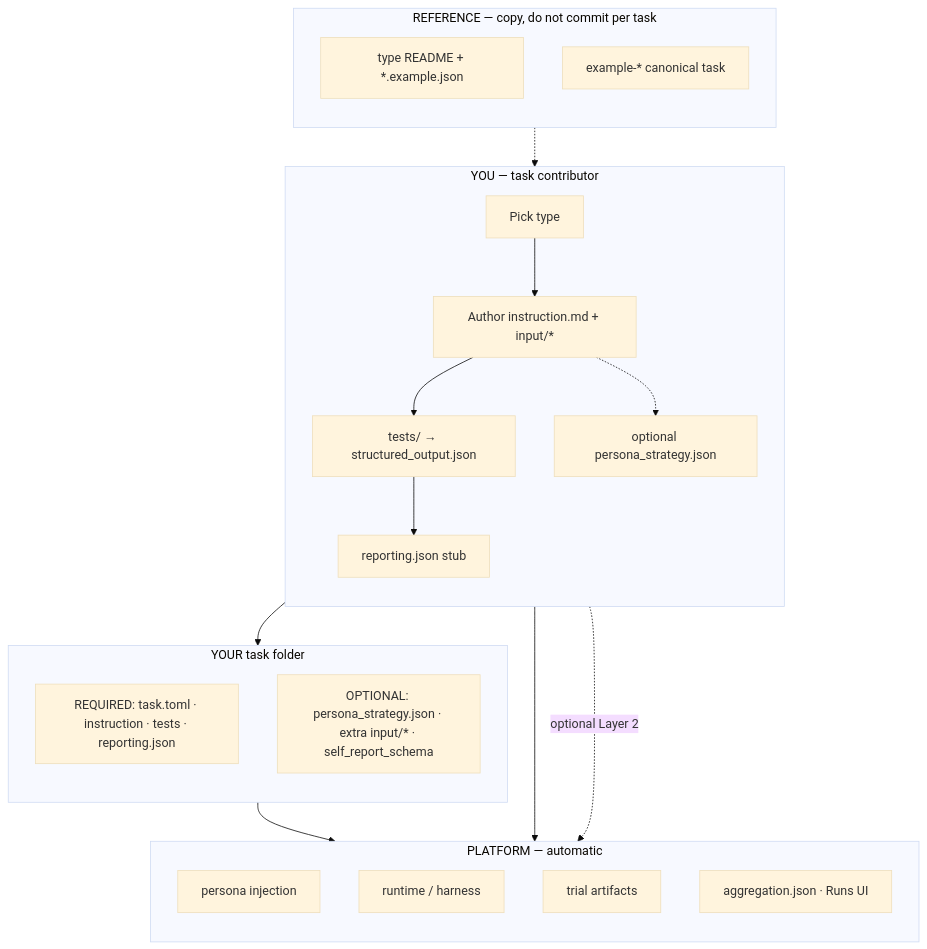
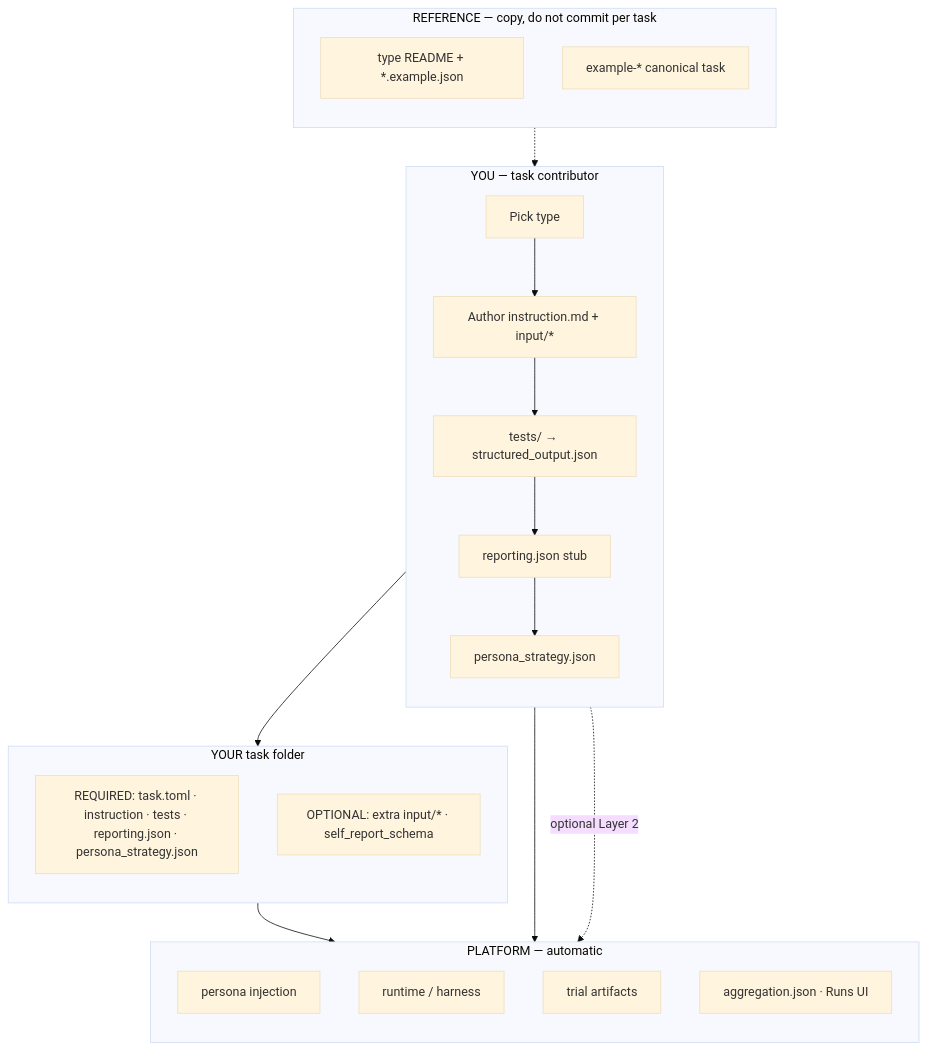
Before and after one commit to SakshamKapoor2911/MatrAIx: the first of 2 diagrams in application/task-spec/README.md, drawn with Mermaid (base theme). The commit also changed other lines of this file and 8 other files, not shown here.

First line of the commit message:
Enforce persona_strategy.json presence and target cohort in CI.

````diff
--- a/application/task-spec/README.md
+++ b/application/task-spec/README.md
@@ -53,39 +53,38 @@
 ```mermaid
 flowchart TB
   subgraph YOU ["YOU — task contributor"]
     direction TB
     Y1["Pick type"]
     Y2["Author instruction.md + input/*"]
     Y3["tests/ → structured_output.json"]
     Y4["reporting.json stub"]
-    Y5["optional persona_strategy.json"]
-    Y1 --> Y2 --> Y3 --> Y4
-    Y2 -.-> Y5
+    Y5["persona_strategy.json"]
+    Y1 --> Y2 --> Y3 --> Y4 --> Y5
   end
 
   subgraph TASK ["YOUR task folder"]
     direction TB
-    T_REQ["REQUIRED: task.toml · instruction · tests · reporting.json"]
-    T_OPT["OPTIONAL: persona_strategy.json · extra input/* · self_report_schema"]
+    T_REQ["REQUIRED: task.toml · instruction · tests · reporting.json · persona_strategy.json"]
+    T_OPT["OPTIONAL: extra input/* · self_report_schema"]
   end
 
   subgraph PLATFORM ["PLATFORM — automatic"]
     direction TB
     P1["persona injection"]
     P2["runtime / harness"]
     P3["trial artifacts"]
     P4["aggregation.json · Runs UI"]
   end
 
   subgraph REF ["REFERENCE — copy, do not commit per task"]
     direction TB
     R1["type README + *.example.json"]
     R2["example-* canonical task"]
   end
 
   YOU --> TASK
   TASK --> PLATFORM
   Y3 --> P4
   Y4 -.->|"optional Layer 2"| P4
   REF -.-> YOU
 ```
````
